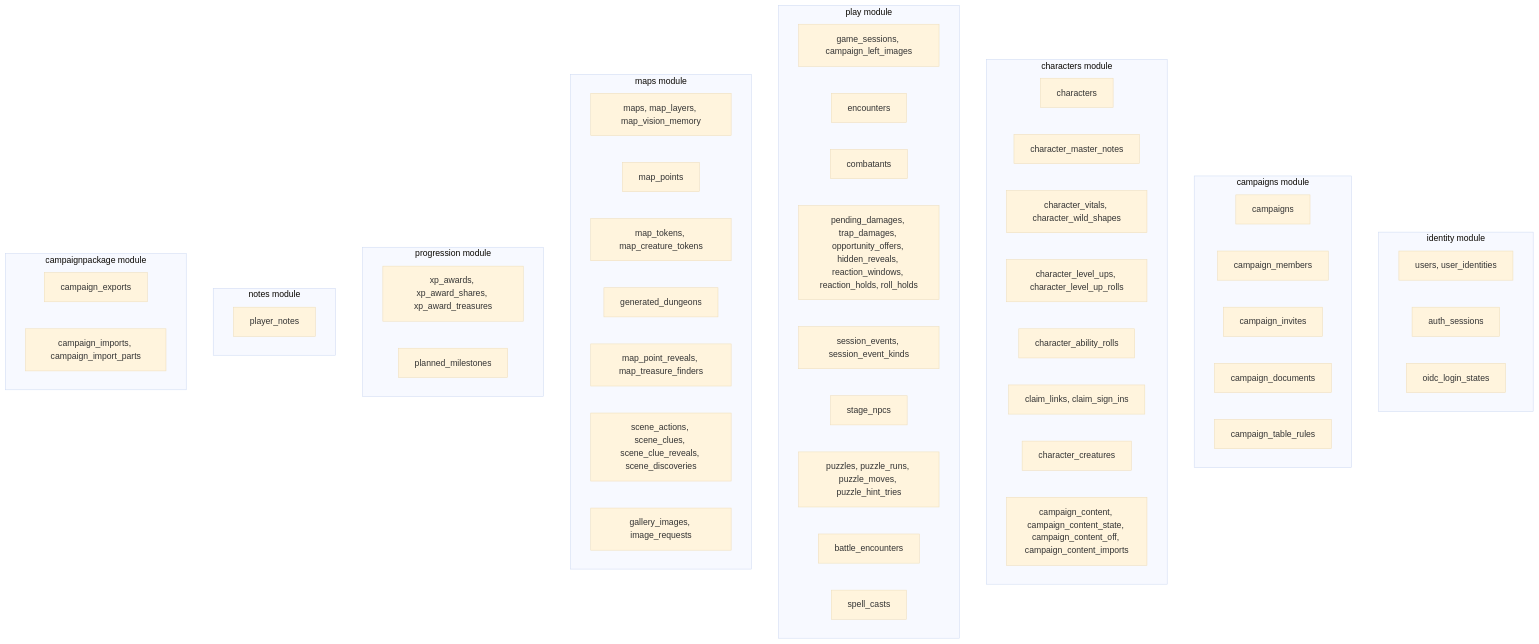
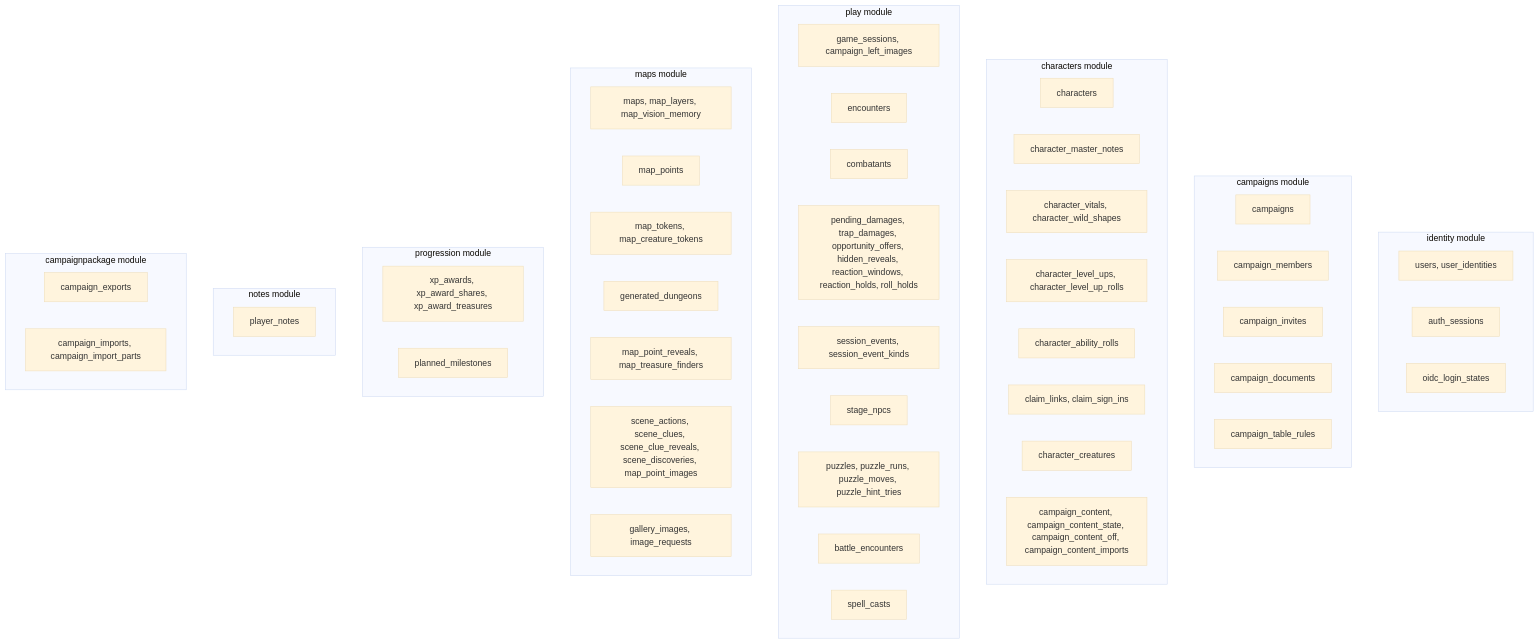
The first of 7 diagrams in docs/data.md (PuraFome/meuRPG), drawn with Mermaid (base theme) before and after one commit. The commit also changed other lines of this file and 55 other files, not shown here.

First line of the commit message:
feat(maps): gallery images on an RP scene, shown to the players from the session

````diff
--- a/docs/data.md
+++ b/docs/data.md
@@ -29,63 +29,63 @@
 ```mermaid
 flowchart TD
     subgraph identity["identity module"]
         t_users["users, user_identities"]
         t_auth_sessions["auth_sessions"]
         t_oidc_login_states["oidc_login_states"]
     end
 
     subgraph campaigns_mod["campaigns module"]
         t_campaigns["campaigns"]
         t_campaign_members["campaign_members"]
         t_campaign_invites["campaign_invites"]
         t_campaign_documents["campaign_documents"]
         t_campaign_table_rules["campaign_table_rules"]
     end
 
     subgraph characters_mod["characters module"]
         t_characters["characters"]
         t_character_master_notes["character_master_notes"]
         t_character_vitals["character_vitals, character_wild_shapes"]
         t_character_level_ups["character_level_ups, character_level_up_rolls"]
         t_character_ability_rolls["character_ability_rolls"]
         t_claim_links["claim_links, claim_sign_ins"]
         t_character_creatures["character_creatures"]
         t_campaign_content["campaign_content, campaign_content_state, campaign_content_off, campaign_content_imports"]
     end
 
     subgraph play["play module"]
         t_game_sessions["game_sessions, campaign_left_images"]
         t_encounters["encounters"]
         t_combatants["combatants"]
         t_damage["pending_damages, trap_damages, opportunity_offers, hidden_reveals, reaction_windows, reaction_holds, roll_holds"]
         t_session_events["session_events, session_event_kinds"]
         t_stage_npcs["stage_npcs"]
         t_puzzles["puzzles, puzzle_runs, puzzle_moves, puzzle_hint_tries"]
         t_battle_encounters["battle_encounters"]
         t_spell_casts["spell_casts"]
     end
 
     subgraph maps_mod["maps module"]
         t_maps["maps, map_layers, map_vision_memory"]
         t_map_points["map_points"]
         t_map_tokens["map_tokens, map_creature_tokens"]
         t_generated_dungeons["generated_dungeons"]
         t_map_point_reveals["map_point_reveals, map_treasure_finders"]
-        t_scene["scene_actions, scene_clues, scene_clue_reveals, scene_discoveries"]
+        t_scene["scene_actions, scene_clues, scene_clue_reveals, scene_discoveries, map_point_images"]
         t_gallery_images["gallery_images, image_requests"]
     end
 
     subgraph progression["progression module"]
         t_xp_awards["xp_awards, xp_award_shares, xp_award_treasures"]
         t_planned_milestones["planned_milestones"]
     end
 
     subgraph notes_mod["notes module"]
         t_player_notes["player_notes"]
     end
 
     subgraph package_mod["campaignpackage module"]
         t_exports["campaign_exports"]
         t_imports["campaign_imports, campaign_import_parts"]
     end
 ```
````
